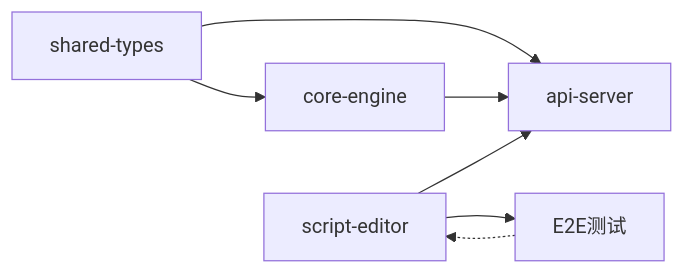
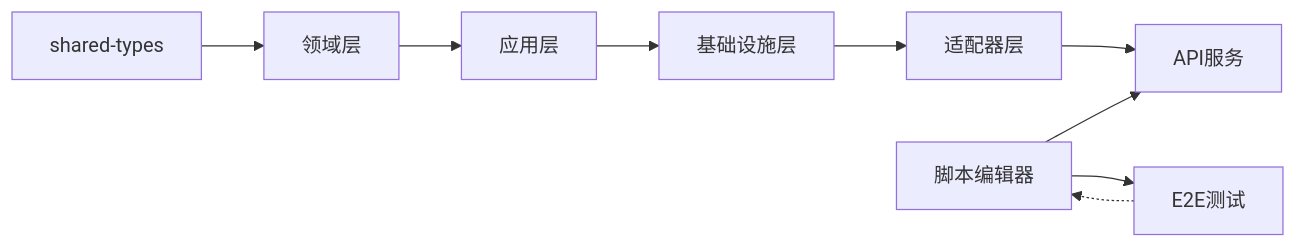
Diagram 14 of 14 in .qoder/repowiki/zh/content/开发指南/开发指南.md (EverettCamus/HeartRule-Qoder), drawn with Mermaid before and after one commit. The commit also changed other lines of this file and 8 other files, not shown here.

````diff
--- a/.qoder/repowiki/zh/content/开发指南/开发指南.md
+++ b/.qoder/repowiki/zh/content/开发指南/开发指南.md
@@ -426,9 +798,11 @@
 ```mermaid
 graph LR
-ST["shared-types"] --> CE["core-engine"]
-ST --> API["api-server"]
-CE --> API
-EDITOR["script-editor"] --> API
+ST["shared-types"] --> DOMAIN["领域层"]
+DOMAIN --> APPLICATION["应用层"]
+APPLICATION --> INFRA["基础设施层"]
+INFRA --> ADAPTERS["适配器层"]
+ADAPTERS --> API["API服务"]
+EDITOR["脚本编辑器"] --> API
 EDITOR --> E2E["E2E测试"]
 E2E -.-> EDITOR
 ```
````
